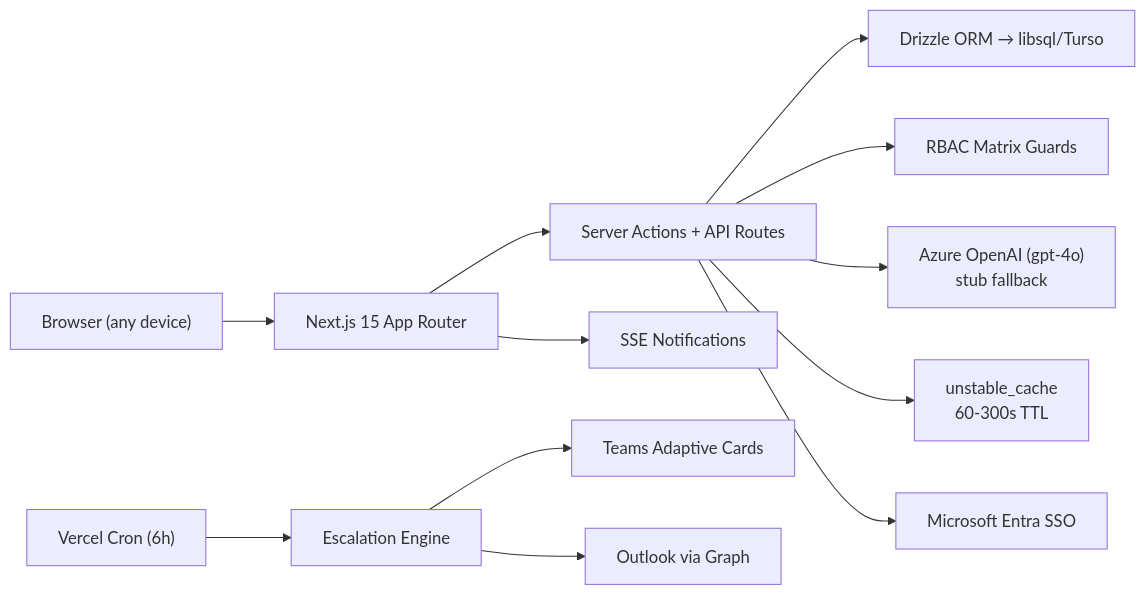
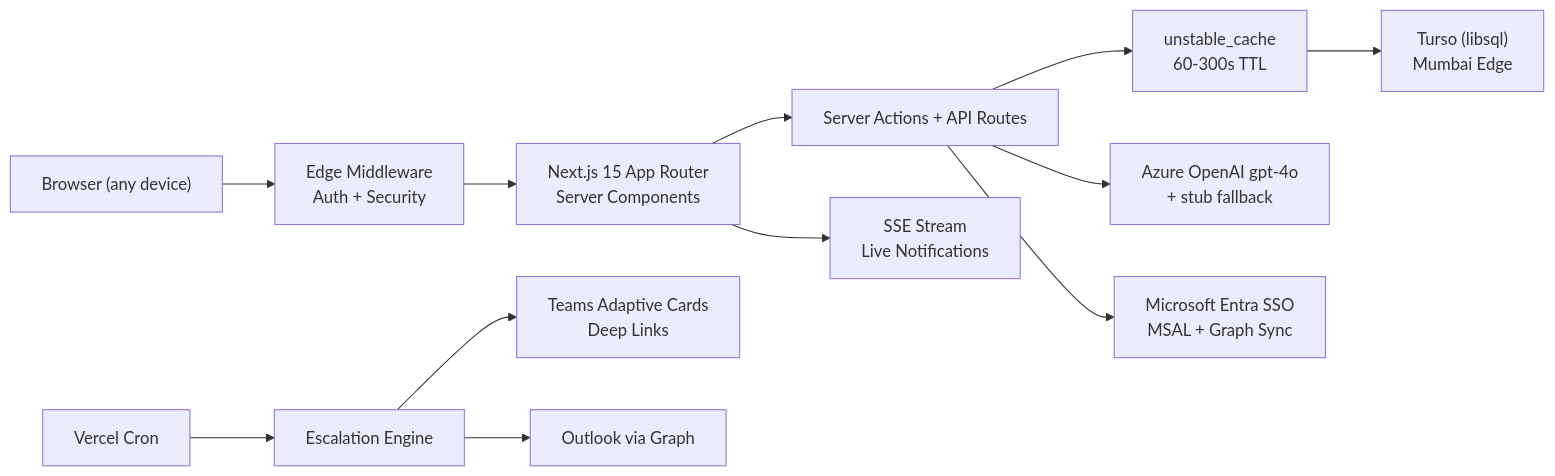
One commit to Adit-Jain-srm/AtomicPulse changed the diagram in docs/SUBMISSION.md. Above: the diagram before and after it, drawn with Mermaid. The commit also changed other lines of this file and 3 other files, not shown here.

Commit message:
docs: final submission polish — evaluation-optimized README, updated architecture diagrams, submission doc with live URL

````diff
--- a/docs/SUBMISSION.md
+++ b/docs/SUBMISSION.md
@@ -32,14 +38,14 @@
 ```mermaid
 flowchart LR
-  User["Browser (any device)"] --> Next["Next.js 15 App Router"]
+  User["Browser (any device)"] --> MW["Edge Middleware<br/>Auth + Security"]
+  MW --> Next["Next.js 15 App Router<br/>Server Components"]
   Next --> SA["Server Actions + API Routes"]
-  SA --> DB["Drizzle ORM → libsql/Turso"]
-  SA --> RBAC["RBAC Matrix Guards"]
-  SA --> AI["Azure OpenAI (gpt-4o)\nstub fallback"]
-  SA --> Cache["unstable_cache\n60-300s TTL"]
-  Next --> SSE["SSE Notifications"]
-  Cron["Vercel Cron (6h)"] --> Esc["Escalation Engine"]
-  Esc --> Teams["Teams Adaptive Cards"]
+  SA --> Cache["unstable_cache<br/>60-300s TTL"]
+  Cache --> DB["Turso (libsql)<br/>Mumbai Edge"]
+  SA --> AI["Azure OpenAI gpt-4o<br/>+ stub fallback"]
+  Next --> SSE["SSE Stream<br/>Live Notifications"]
+  Cron["Vercel Cron"] --> Esc["Escalation Engine"]
+  Esc --> Teams["Teams Adaptive Cards<br/>Deep Links"]
   Esc --> Mail["Outlook via Graph"]
-  SA --> Entra["Microsoft Entra SSO"]
+  SA --> Entra["Microsoft Entra SSO<br/>MSAL + Graph Sync"]
 ```
````
